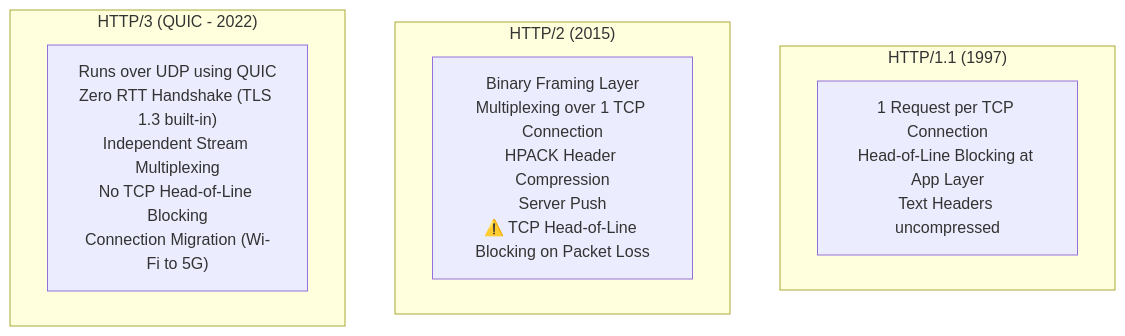
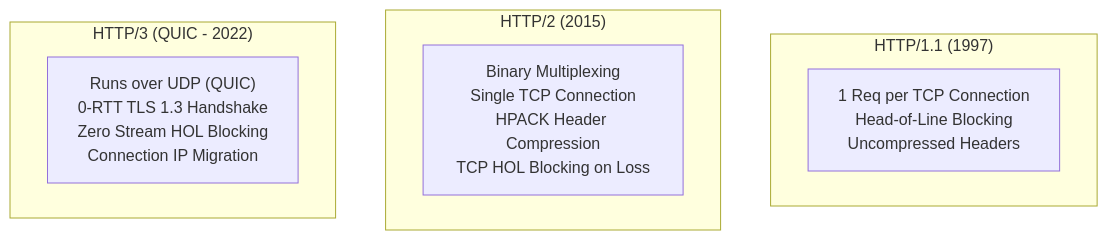
Before and after one commit to Sourav108/strivers-lld: the third of 5 diagrams in strivers-hld/02-Networking-Fundamentals/README.md, drawn with Mermaid. The commit also changed other lines of this file and 39 other files, not shown here.

Commit message:
fix(mermaid): wrap node labels, simplify diamonds, and reformat wide diagrams for perfect GitHub rendering

````diff
--- a/strivers-hld/02-Networking-Fundamentals/README.md
+++ b/strivers-hld/02-Networking-Fundamentals/README.md
@@ -73,14 +73,14 @@
 ```mermaid
 flowchart TD
     subgraph H1["HTTP/1.1 (1997)"]
-        H1A["1 Request per TCP Connection<br/>Head-of-Line Blocking at App Layer<br/>Text Headers uncompressed"]
+        H1A["1 Req per TCP Connection<br/>Head-of-Line Blocking<br/>Uncompressed Headers"]
     end
     
     subgraph H2["HTTP/2 (2015)"]
-        H2A["Binary Framing Layer<br/>Multiplexing over 1 TCP Connection<br/>HPACK Header Compression<br/>Server Push<br/>⚠️ TCP Head-of-Line Blocking on Packet Loss"]
+        H2A["Binary Multiplexing<br/>Single TCP Connection<br/>HPACK Header Compression<br/>TCP HOL Blocking on Loss"]
     end
 
     subgraph H3["HTTP/3 (QUIC - 2022)"]
-        H3A["Runs over UDP using QUIC<br/>Zero RTT Handshake (TLS 1.3 built-in)<br/>Independent Stream Multiplexing<br/>No TCP Head-of-Line Blocking<br/>Connection Migration (Wi-Fi to 5G)"]
+        H3A["Runs over UDP (QUIC)<br/>0-RTT TLS 1.3 Handshake<br/>Zero Stream HOL Blocking<br/>Connection IP Migration"]
     end
 ```
````
